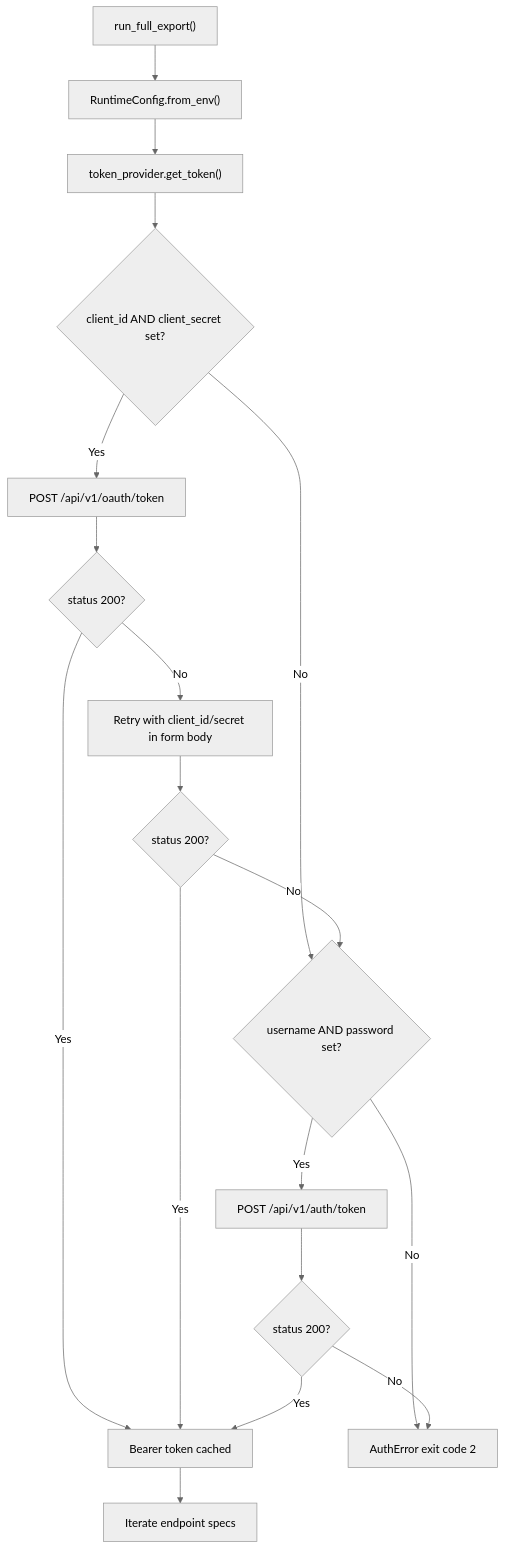
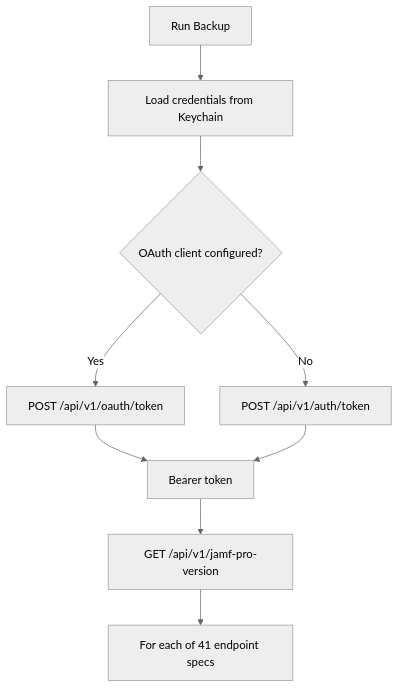
Before and after one commit to roto31/jamf-dossier: the second of 4 diagrams in docs/architecture.md, drawn with Mermaid (neutral theme). The commit also changed other lines of this file and 43 other files, not shown here.

````diff
--- a/docs/architecture.md
+++ b/docs/architecture.md
@@ -62,20 +47,11 @@
 ```mermaid
 flowchart TD
-  Start["run_full_export()"] --> LoadEnv["RuntimeConfig.from_env()"]
-  LoadEnv --> Preflight["token_provider.get_token()"]
-  Preflight --> OAuthCheck{"client_id AND client_secret set?"}
+  Start["Run Backup"] --> LoadKC["Load credentials from Keychain"]
+  LoadKC --> OAuthCheck{"OAuth client configured?"}
   OAuthCheck -->|Yes| OAuthReq["POST /api/v1/oauth/token"]
-  OAuthCheck -->|No| BasicCheck{"username AND password set?"}
-  OAuthReq --> OAuthOK{"status 200?"}
-  OAuthOK -->|No| OAuthBody["Retry with client_id/secret in form body"]
-  OAuthBody --> OAuthBodyOK{"status 200?"}
-  OAuthBodyOK -->|No| BasicCheck
-  OAuthOK -->|Yes| TokenReady["Bearer token cached"]
-  OAuthBodyOK -->|Yes| TokenReady
-  BasicCheck -->|Yes| BasicReq["POST /api/v1/auth/token"]
-  BasicCheck -->|No| AuthFail["AuthError exit code 2"]
-  BasicReq --> BasicOK{"status 200?"}
-  BasicOK -->|No| AuthFail
-  BasicOK -->|Yes| TokenReady
-  TokenReady --> CollectLoop["Iterate endpoint specs"]
+  OAuthCheck -->|No| BasicReq["POST /api/v1/auth/token"]
+  OAuthReq --> TokenReady["Bearer token"]
+  BasicReq --> TokenReady
+  TokenReady --> Probe["GET /api/v1/jamf-pro-version"]
+  Probe --> Loop["For each of 41 endpoint specs"]
 ```
````
